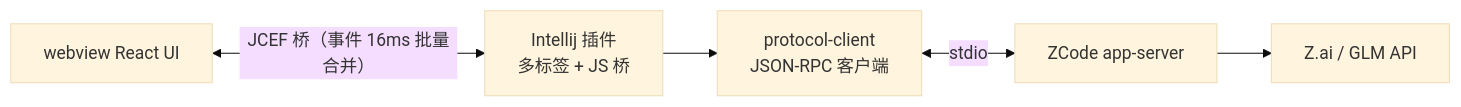
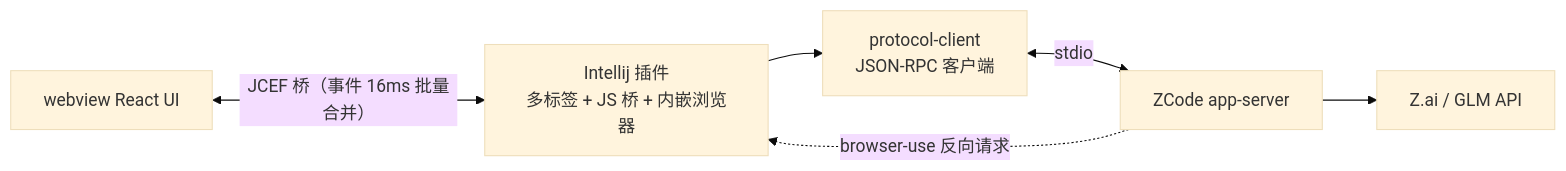
One commit to Winminn/zcode-jetbrains-plugin changed the diagram in README.md. Above: the diagram before and after it, drawn with Mermaid (base theme). The commit also changed other lines of this file and 25 other files, not shown here.

````diff
--- a/README.md
+++ b/README.md
@@ -54,7 +157,8 @@
 ```mermaid
 graph LR
-    UI[webview React UI] <-->|"JCEF 桥（事件 16ms 批量合并）"| Plugin[Intellij 插件<br/>多标签 + JS 桥]
+    UI[webview React UI] <-->|"JCEF 桥（事件 16ms 批量合并）"| Plugin[Intellij 插件<br/>多标签 + JS 桥 + 内嵌浏览器]
     Plugin --> Client[protocol-client<br/>JSON-RPC 客户端]
     Client <-->|"stdio"| CLI[ZCode app-server]
     CLI --> API[Z.ai / GLM API]
+    CLI -.->|"browser-use 反向请求"| Plugin
 ```
````
